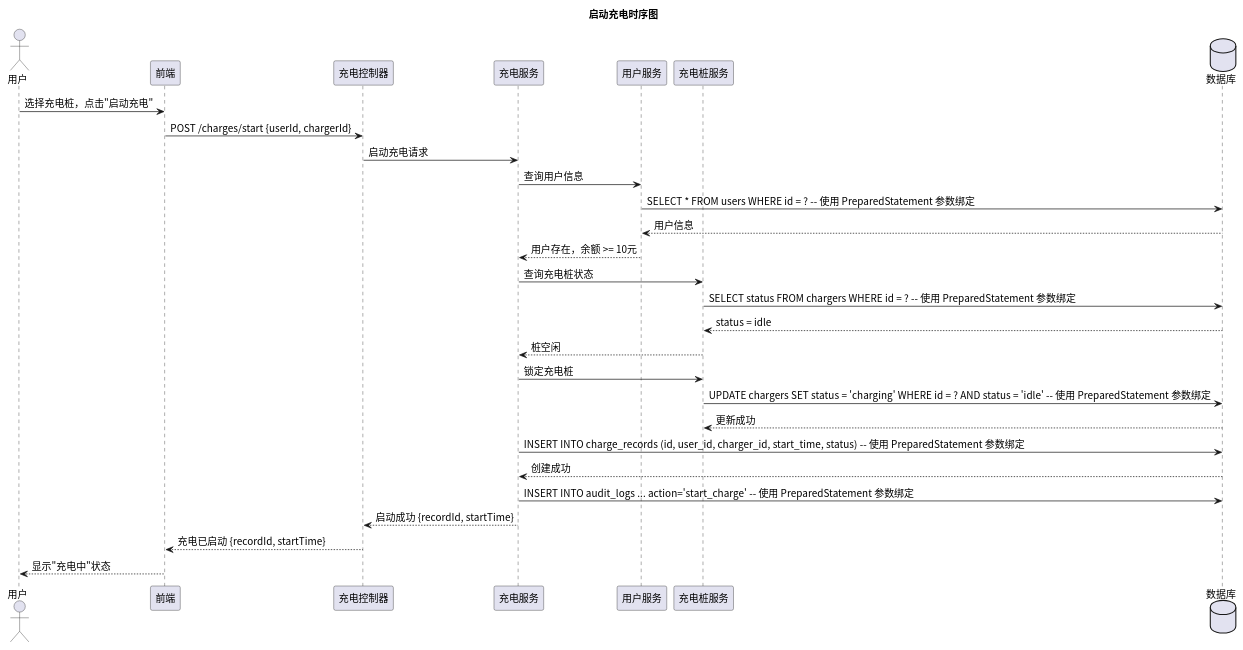
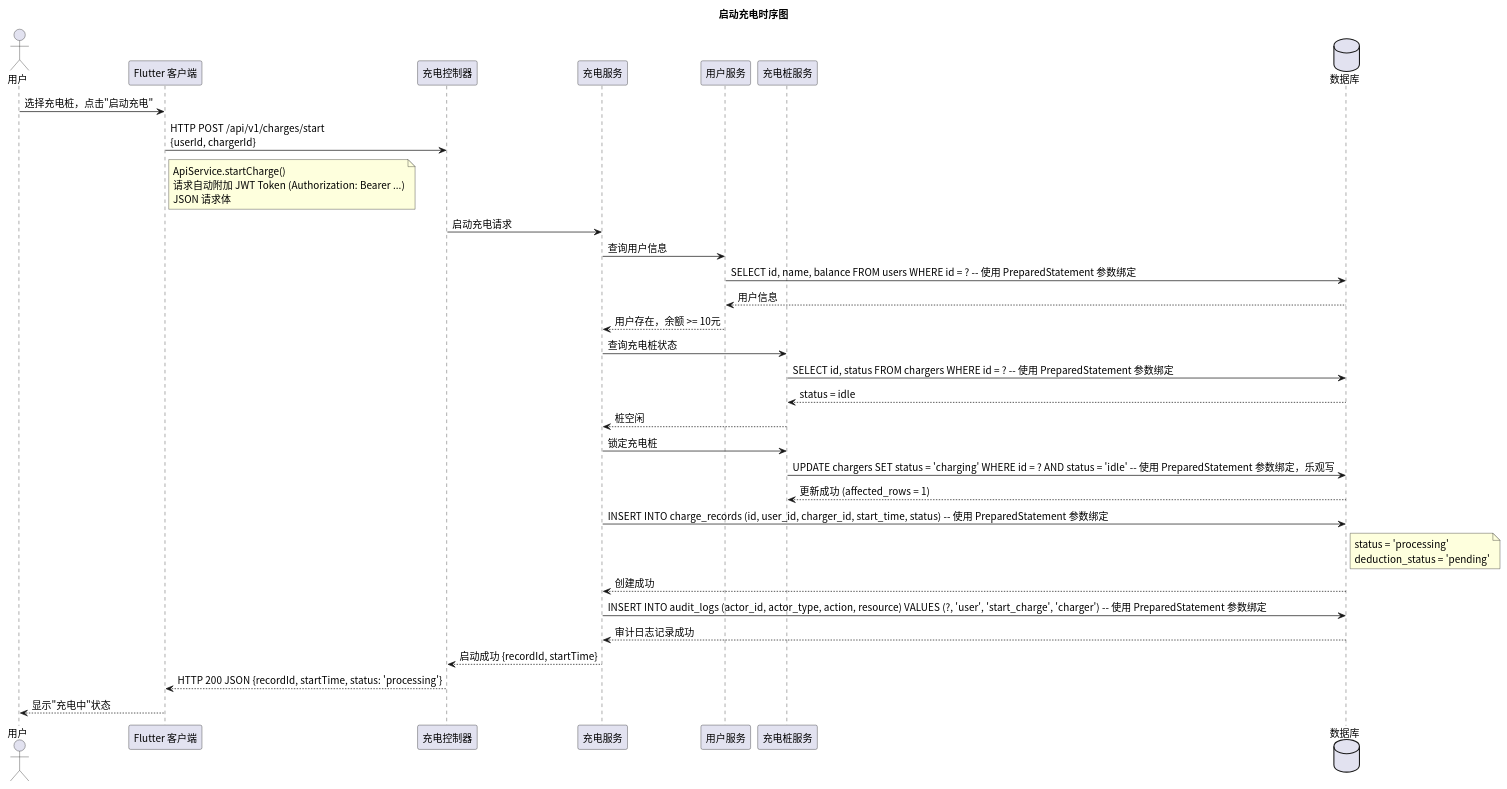
The diagram in time/src/sequence_charging.puml (greenhandzdl/charging-station-doc), drawn with PlantUML before and after one commit. The commit also changed 36 other files, not shown here.

First line of the commit message:
feat: 前端技术栈切换为 Flutter — 类图拆分三文件、时序图扩充至七张、文档全面更新

```diff
--- a/time/src/sequence_charging.puml
+++ b/time/src/sequence_charging.puml
@@ -1,41 +1,45 @@
 @startuml
 skinparam defaultFontName "Noto Sans CJK SC"
 skinparam defaultFontSize 14
 title 启动充电时序图
 
 ' 所有 SQL 操作使用 PreparedStatement 参数绑定，禁止字符串拼接
 actor 用户 as U
-participant 前端 as FE
-participant 充电控制器 as Ctrl
-participant 充电服务 as Service
-participant 用户服务 as US
-participant 充电桩服务 as CS
+participant "Flutter 客户端" as FE
+participant "充电控制器" as Ctrl
+participant "充电服务" as Service
+participant "用户服务" as US
+participant "充电桩服务" as CS
 database 数据库 as DB
 
 U -> FE: 选择充电桩，点击"启动充电"
-FE -> Ctrl: POST /charges/start {userId, chargerId}
+FE -> Ctrl: HTTP POST /api/v1/charges/start\n{userId, chargerId}
+note right FE : ApiService.startCharge()\n请求自动附加 JWT Token (Authorization: Bearer ...)\nJSON 请求体
+
 Ctrl -> Service: 启动充电请求
 
 Service -> US: 查询用户信息
-US -> DB: SELECT * FROM users WHERE id = ? -- 使用 PreparedStatement 参数绑定
+US -> DB: SELECT id, name, balance FROM users WHERE id = ? -- 使用 PreparedStatement 参数绑定
 DB --> US: 用户信息
 US --> Service: 用户存在，余额 >= 10元
 
 Service -> CS: 查询充电桩状态
-CS -> DB: SELECT status FROM chargers WHERE id = ? -- 使用 PreparedStatement 参数绑定
+CS -> DB: SELECT id, status FROM chargers WHERE id = ? -- 使用 PreparedStatement 参数绑定
 DB --> CS: status = idle
 CS --> Service: 桩空闲
 
 Service -> CS: 锁定充电桩
-CS -> DB: UPDATE chargers SET status = 'charging' WHERE id = ? AND status = 'idle' -- 使用 PreparedStatement 参数绑定
-DB --> CS: 更新成功
+CS -> DB: UPDATE chargers SET status = 'charging' WHERE id = ? AND status = 'idle' -- 使用 PreparedStatement 参数绑定，乐观写
+DB --> CS: 更新成功 (affected_rows = 1)
 
 Service -> DB: INSERT INTO charge_records (id, user_id, charger_id, start_time, status) -- 使用 PreparedStatement 参数绑定
+note right DB : status = 'processing'\ndeduction_status = 'pending'
 DB --> Service: 创建成功
 
-Service -> DB: INSERT INTO audit_logs ... action='start_charge' -- 使用 PreparedStatement 参数绑定
+Service -> DB: INSERT INTO audit_logs (actor_id, actor_type, action, resource) VALUES (?, 'user', 'start_charge', 'charger') -- 使用 PreparedStatement 参数绑定
+DB --> Service: 审计日志记录成功
+
 Service --> Ctrl: 启动成功 {recordId, startTime}
-
-Ctrl --> FE: 充电已启动 {recordId, startTime}
+Ctrl --> FE: HTTP 200 JSON {recordId, startTime, status: 'processing'}
 FE --> U: 显示"充电中"状态
 @enduml
```
